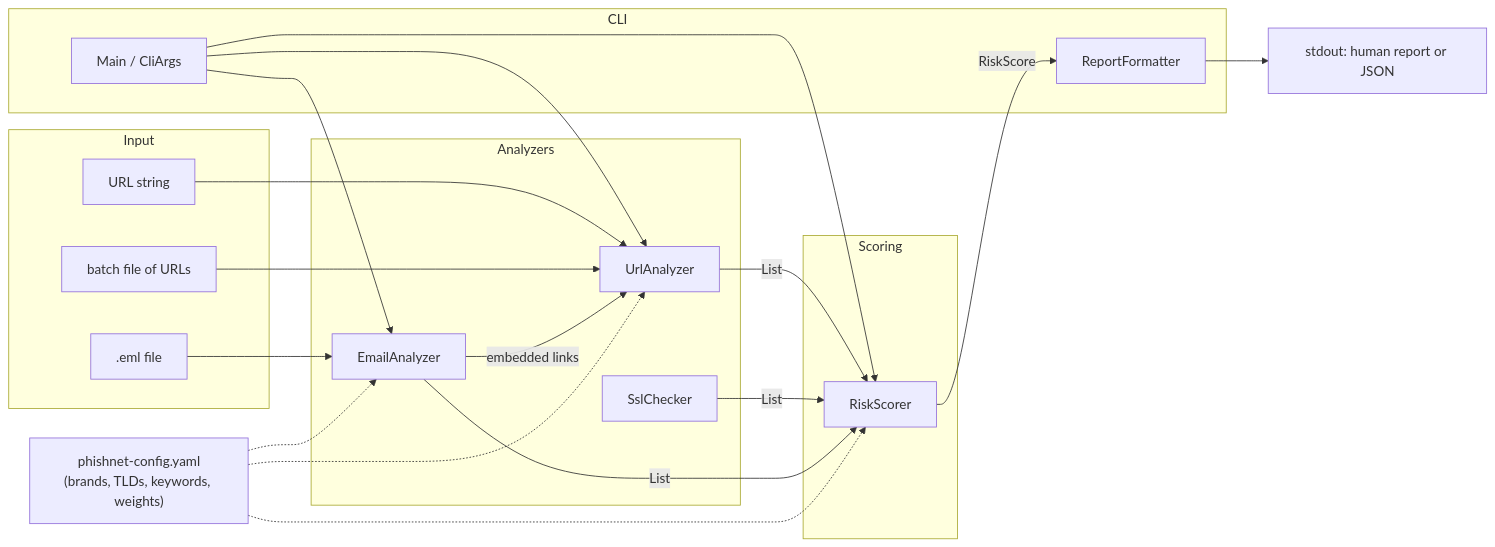
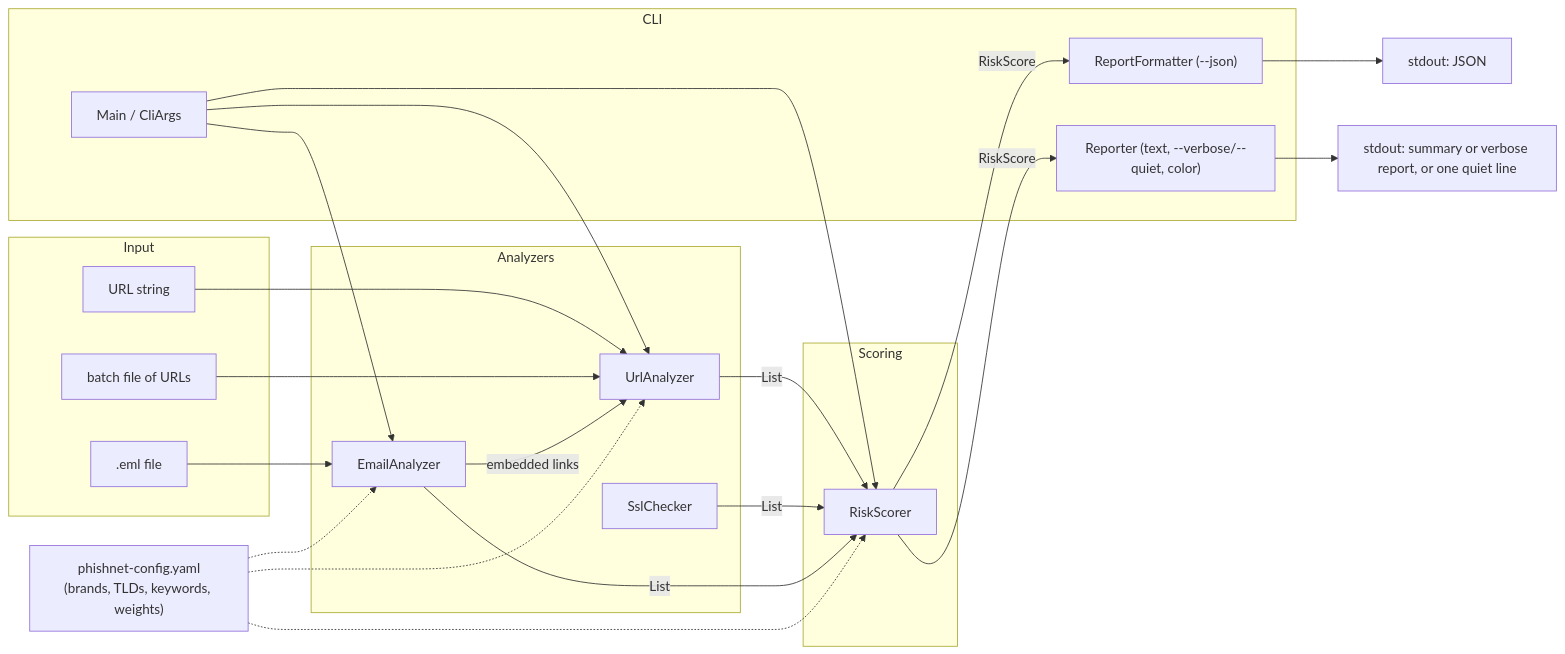
One commit to Deipedra34/PhishNet-Detector changed the diagram in README.md. Above: the diagram before and after it, drawn with Mermaid. The commit also changed other lines of this file and 11 other files, not shown here.

First line of the commit message:
Add --verbose/--quiet output levels and ANSI colored output

````diff
--- a/README.md
+++ b/README.md
@@ -56,41 +56,44 @@
 ```mermaid
 flowchart LR
     subgraph Input
         U["URL string"]
         E[".eml file"]
         B["batch file of URLs"]
     end
 
     subgraph Analyzers
         UA["UrlAnalyzer"]
         SC["SslChecker"]
         EA["EmailAnalyzer"]
     end
 
     subgraph Scoring
         RS["RiskScorer"]
     end
 
     subgraph CLI
         M["Main / CliArgs"]
-        RF["ReportFormatter"]
+        RF["ReportFormatter (--json)"]
+        RP["Reporter (text, --verbose/--quiet, color)"]
     end
 
     CFG["phishnet-config.yaml\n(brands, TLDs, keywords, weights)"]
 
     U --> UA
     B --> UA
     E --> EA
     EA -- "embedded links" --> UA
     UA -- "List<Signal>" --> RS
     SC -- "List<Signal>" --> RS
     EA -- "List<Signal>" --> RS
     CFG -.-> UA
     CFG -.-> EA
     CFG -.-> RS
     RS -- "RiskScore" --> RF
+    RS -- "RiskScore" --> RP
     M --> UA
     M --> EA
     M --> RS
-    RF --> OUT["stdout: human report or JSON"]
+    RF --> OUT["stdout: JSON"]
+    RP --> OUT2["stdout: summary or verbose report, or one quiet line"]
 ```
````
